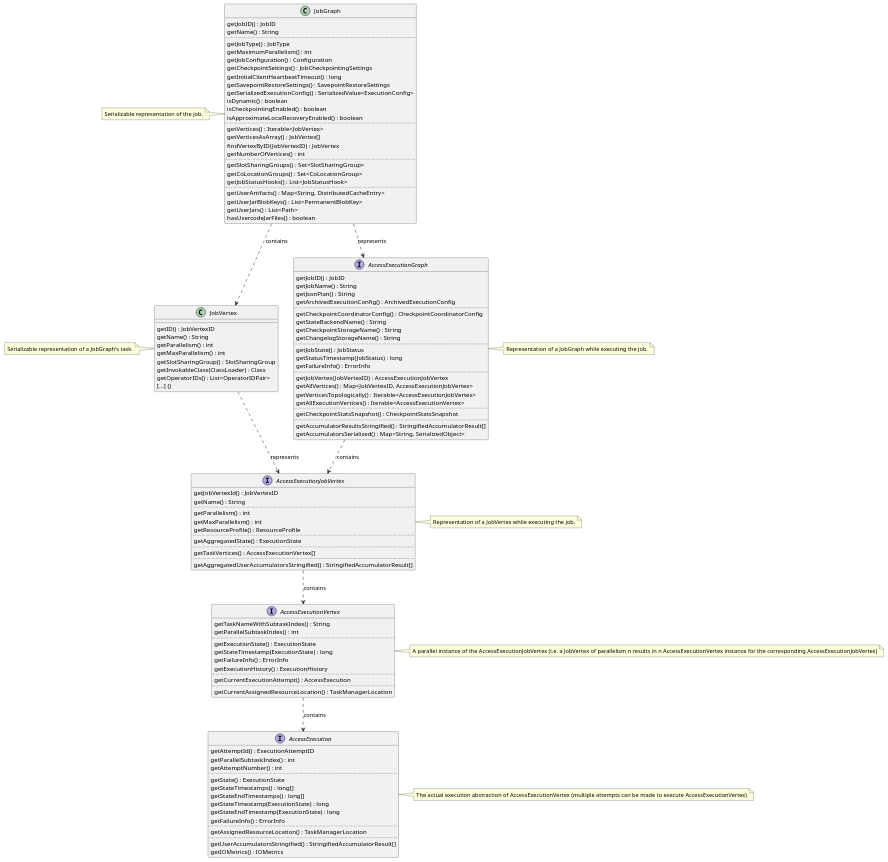
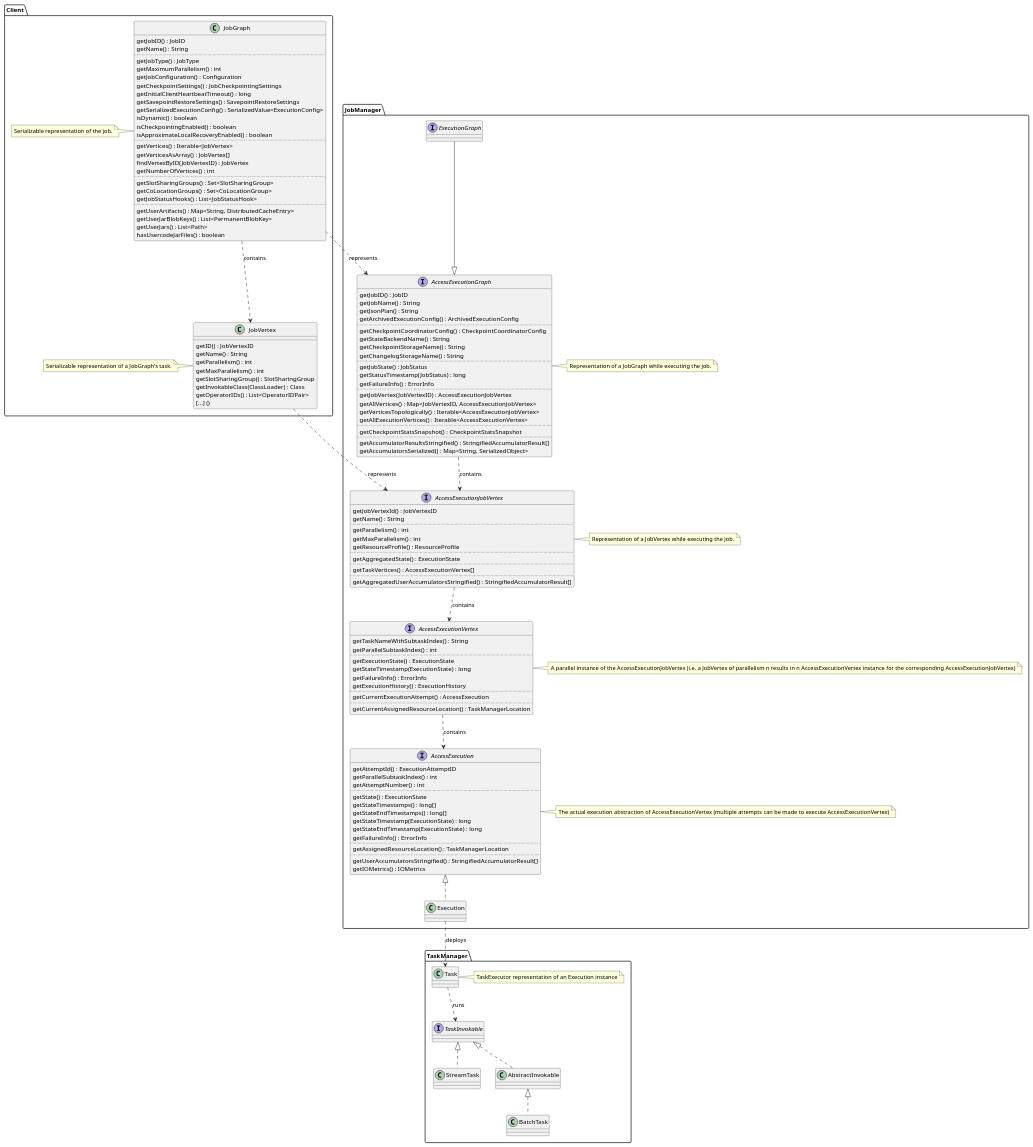
The diagram in plantuml/executiongraph.puml (XComp/flink-diagrams), drawn with PlantUML before and after one commit.

Commit message:
Adds components and Invokable

```diff
--- a/plantuml/executiongraph.puml
+++ b/plantuml/executiongraph.puml
@@ -1,134 +1,162 @@
 @startuml
 'https://plantuml.com/class-diagram
 
-class JobGraph {
-    getJobID() : JobID
-    getName() : String
-    ..
-    getJobType() : JobType
-    getMaximumParallelism() : int
-    getJobConfiguration() : Configuration
-    getCheckpointSettings() : JobCheckpointingSettings
-    getInitialClientHeartbeatTimeout() : long
-    getSavepointRestoreSettings() : SavepointRestoreSettings
-    getSerializedExecutionConfig() : SerializedValue<ExecutionConfig>
-    isDynamic() : boolean
-    isCheckpointingEnabled() : boolean
-    isApproximateLocalRecoveryEnabled() : boolean
-    ..
-    getVertices() : Iterable<JobVertex>
-    getVerticesAsArray() : JobVertex[]
-    findVertexByID(JobVertexID) : JobVertex
-    getNumberOfVertices() : int
-    ..
-    getSlotSharingGroups() : Set<SlotSharingGroup>
-    getCoLocationGroups() : Set<CoLocationGroup>
-    getJobStatusHooks() : List<JobStatusHook>
-    ..
-    getUserArtifacts() : Map<String, DistributedCacheEntry>
-    getUserJarBlobKeys() : List<PermanentBlobKey>
-    getUserJars() : List<Path>
-    hasUsercodeJarFiles() : boolean
+package Client {
+    class JobGraph {
+        getJobID() : JobID
+        getName() : String
+        ..
+        getJobType() : JobType
+        getMaximumParallelism() : int
+        getJobConfiguration() : Configuration
+        getCheckpointSettings() : JobCheckpointingSettings
+        getInitialClientHeartbeatTimeout() : long
+        getSavepointRestoreSettings() : SavepointRestoreSettings
+        getSerializedExecutionConfig() : SerializedValue<ExecutionConfig>
+        isDynamic() : boolean
+        isCheckpointingEnabled() : boolean
+        isApproximateLocalRecoveryEnabled() : boolean
+        ..
+        getVertices() : Iterable<JobVertex>
+        getVerticesAsArray() : JobVertex[]
+        findVertexByID(JobVertexID) : JobVertex
+        getNumberOfVertices() : int
+        ..
+        getSlotSharingGroups() : Set<SlotSharingGroup>
+        getCoLocationGroups() : Set<CoLocationGroup>
+        getJobStatusHooks() : List<JobStatusHook>
+        ..
+        getUserArtifacts() : Map<String, DistributedCacheEntry>
+        getUserJarBlobKeys() : List<PermanentBlobKey>
+        getUserJars() : List<Path>
+        hasUsercodeJarFiles() : boolean
+    }
+    note left of JobGraph: Serializable representation of the job.
+
+    class JobVertex {
+        getID() : JobVertexID
+        getName() : String
+        getParallelism() : int
+        getMaxParallelism() : int
+        getSlotSharingGroup() : SlotSharingGroup
+        getInvokableClass(ClassLoader) : Class
+        getOperatorIDs() : List<OperatorIDPair>
+        [...] ()
+    }
+    note left of JobVertex: Serializable representation of a JobGraph's task.
 }
 
-class JobVertex {
-    getID() : JobVertexID
-    getName() : String
-    getParallelism() : int
-    getMaxParallelism() : int
-    getSlotSharingGroup() : SlotSharingGroup
-    getInvokableClass(ClassLoader) : Class
-    getOperatorIDs() : List<OperatorIDPair>
-    [...] ()
-}
-note left of JobVertex: Serializable representation of a JobGraph's task.
+package JobManager {
+    interface AccessExecutionGraph {
+        getJobID() : JobID
+        getJobName() : String
+        getJsonPlan() : String
+        getArchivedExecutionConfig() : ArchivedExecutionConfig
+        ..
+        getCheckpointCoordinatorConfig() : CheckpointCoordinatorConfig
+        getStateBackendName() : String
+        getCheckpointStorageName() : String
+        getChangelogStorageName() : String
+        ..
+        getJobState() : JobStatus
+        getStatusTimestamp(JobStatus) : long
+        getFailureInfo() : ErrorInfo
+        ..
+        getJobVertex(JobVertexID) : AccessExecutionJobVertex
+        getAllVertices() : Map<JobVertexID, AccessExecutionJobVertex>
+        getVerticesTopologically() : Iterable<AccessExecutionJobVertex>
+        getAllExecutionVertices() : Iterable<AccessExecutionVertex>
+        ..
+        getCheckpointStatsSnapshot() : CheckpointStatsSnapshot
+        ..
+        getAccumulatorResultsStringified() : StringifiedAccumulatorResult[]
+        getAccumulatorsSerialized() : Map<String, SerializedObject>
+    }
+    note right of AccessExecutionGraph: Representation of a JobGraph while executing the job.
 
-interface AccessExecutionGraph {
-    getJobID() : JobID
-    getJobName() : String
-    getJsonPlan() : String
-    getArchivedExecutionConfig() : ArchivedExecutionConfig
-    ..
-    getCheckpointCoordinatorConfig() : CheckpointCoordinatorConfig
-    getStateBackendName() : String
-    getCheckpointStorageName() : String
-    getChangelogStorageName() : String
-    ..
-    getJobState() : JobStatus
-    getStatusTimestamp(JobStatus) : long
-    getFailureInfo() : ErrorInfo
-    ..
-    getJobVertex(JobVertexID) : AccessExecutionJobVertex
-    getAllVertices() : Map<JobVertexID, AccessExecutionJobVertex>
-    getVerticesTopologically() : Iterable<AccessExecutionJobVertex>
-    getAllExecutionVertices() : Iterable<AccessExecutionVertex>
-    ..
-    getCheckpointStatsSnapshot() : CheckpointStatsSnapshot
-    ..
-    getAccumulatorResultsStringified() : StringifiedAccumulatorResult[]
-    getAccumulatorsSerialized() : Map<String, SerializedObject>
+    interface ExecutionGraph {
+
+    }
+
+    interface AccessExecutionJobVertex {
+        getJobVertexId() : JobVertexID
+        getName() : String
+        ..
+        getParallelism() : int
+        getMaxParallelism() : int
+        getResourceProfile() : ResourceProfile
+        ..
+        getAggregatedState() : ExecutionState
+        ..
+        getTaskVertices() : AccessExecutionVertex[]
+        ..
+        getAggregatedUserAccumulatorsStringified() : StringifiedAccumulatorResult[]
+    }
+    note right of AccessExecutionJobVertex: Representation of a JobVertex while executing the job.
+
+    interface AccessExecutionVertex {
+        getTaskNameWithSubtaskIndex() : String
+        getParallelSubtaskIndex() : int
+        ..
+        getExecutionState() : ExecutionState
+        getStateTimestamp(ExecutionState) : long
+        getFailureInfo() : ErrorInfo
+        getExecutionHistory() : ExecutionHistory
+        ..
+        getCurrentExecutionAttempt() : AccessExecution
+        ..
+        getCurrentAssignedResourceLocation() : TaskManagerLocation
+    }
+    note right of AccessExecutionVertex: A parallel instance of the AccessExecutionJobVertex (i.e. a JobVertex of parallelism n results in n AccessExecutionVertex instance for the corresponding AccessExecutionJobVertex)
+
+    interface AccessExecution {
+        getAttemptId() : ExecutionAttemptID
+        getParallelSubtaskIndex() : int
+        getAttemptNumber() : int
+        ..
+        getState() : ExecutionState
+        getStateTimestamps() : long[]
+        getStateEndTimestamps() : long[]
+        getStateTimestamp(ExecutionState) : long
+        getStateEndTimestamp(ExecutionState) : long
+        getFailureInfo() : ErrorInfo
+        ..
+        getAssignedResourceLocation() : TaskManagerLocation
+        ..
+        getUserAccumulatorsStringified() : StringifiedAccumulatorResult[]
+        getIOMetrics() : IOMetrics
+    }
+    note right of AccessExecution: The actual execution abstraction of AccessExecutionVertex (multiple attempts can be made to execute AccessExecutionVertex)
+
+    class Execution implements AccessExecution {
+    }
 }
 
-interface AccessExecutionJobVertex {
-    getJobVertexId() : JobVertexID
-    getName() : String
-    ..
-    getParallelism() : int
-    getMaxParallelism() : int
-    getResourceProfile() : ResourceProfile
-    ..
-    getAggregatedState() : ExecutionState
-    ..
-    getTaskVertices() : AccessExecutionVertex[]
-    ..
-    getAggregatedUserAccumulatorsStringified() : StringifiedAccumulatorResult[]
+package TaskManager {
+    class Task {
+    }
+
+    interface TaskInvokable {
+    }
+
+    class StreamTask implements TaskInvokable
+
+    class AbstractInvokable implements TaskInvokable
+
+    class BatchTask implements AbstractInvokable
+
+    note right of Task: TaskExecutor representation of an Execution instance
 }
 
-interface AccessExecutionVertex {
-    getTaskNameWithSubtaskIndex() : String
-    getParallelSubtaskIndex() : int
-    ..
-    getExecutionState() : ExecutionState
-    getStateTimestamp(ExecutionState) : long
-    getFailureInfo() : ErrorInfo
-    getExecutionHistory() : ExecutionHistory
-    ..
-    getCurrentExecutionAttempt() : AccessExecution
-    ..
-    getCurrentAssignedResourceLocation() : TaskManagerLocation
-}
-
-interface AccessExecution {
-    getAttemptId() : ExecutionAttemptID
-    getParallelSubtaskIndex() : int
-    getAttemptNumber() : int
-    ..
-    getState() : ExecutionState
-    getStateTimestamps() : long[]
-    getStateEndTimestamps() : long[]
-    getStateTimestamp(ExecutionState) : long
-    getStateEndTimestamp(ExecutionState) : long
-    getFailureInfo() : ErrorInfo
-    ..
-    getAssignedResourceLocation() : TaskManagerLocation
-    ..
-    getUserAccumulatorsStringified() : StringifiedAccumulatorResult[]
-    getIOMetrics() : IOMetrics
-}
-
-note left of JobGraph: Serializable representation of the job.
-
-note right of AccessExecutionGraph: Representation of a JobGraph while executing the job.
-note right of AccessExecutionJobVertex: Representation of a JobVertex while executing the job.
-note right of AccessExecutionVertex: A parallel instance of the AccessExecutionJobVertex (i.e. a JobVertex of parallelism n results in n AccessExecutionVertex instance for the corresponding AccessExecutionJobVertex)
-note right of AccessExecution: The actual execution abstraction of AccessExecutionVertex (multiple attempts can be made to execute AccessExecutionVertex)
-
 JobGraph ..> JobVertex : contains
+ExecutionGraph --|> AccessExecutionGraph
 AccessExecutionGraph ..> AccessExecutionJobVertex : contains
 AccessExecutionJobVertex ..> AccessExecutionVertex : contains
 AccessExecutionVertex ..> AccessExecution : contains
+Execution ..> Task : deploys
+Task ..> TaskInvokable : runs
 
 JobGraph ..> AccessExecutionGraph : represents
 JobVertex ..> AccessExecutionJobVertex : represents
 
 @enduml
```
